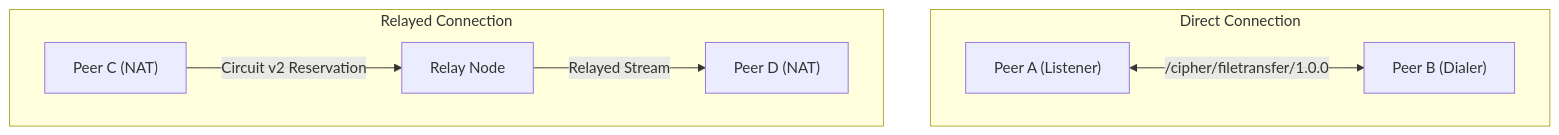
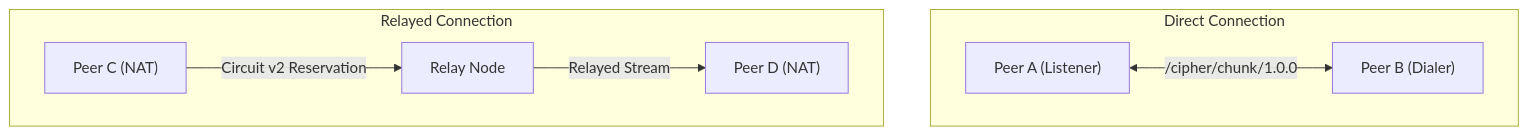
One commit to adarshxsh/CIPHER changed the third of 3 diagrams in Adarsh/p2p_transport/docs/architecture.md. Above: the diagram before and after it, drawn with Mermaid. The commit also changed other lines of this file and 15 other files, not shown here.

````diff
--- a/Adarsh/p2p_transport/docs/architecture.md
+++ b/Adarsh/p2p_transport/docs/architecture.md
@@ -107,10 +106,10 @@
 ```mermaid
 graph TD
     subgraph Direct Connection
-        PeerA["Peer A (Listener)"] <-->|"/cipher/filetransfer/1.0.0"| PeerB["Peer B (Dialer)"]
+        PeerA["Peer A (Listener)"] <-->|"/cipher/chunk/1.0.0"| PeerB["Peer B (Dialer)"]
     end
     subgraph Relayed Connection
         PeerC["Peer C (NAT)"] -->|Circuit v2 Reservation| Relay["Relay Node"]
         Relay -->|Relayed Stream| PeerD["Peer D (NAT)"]
     end
 ```
````
